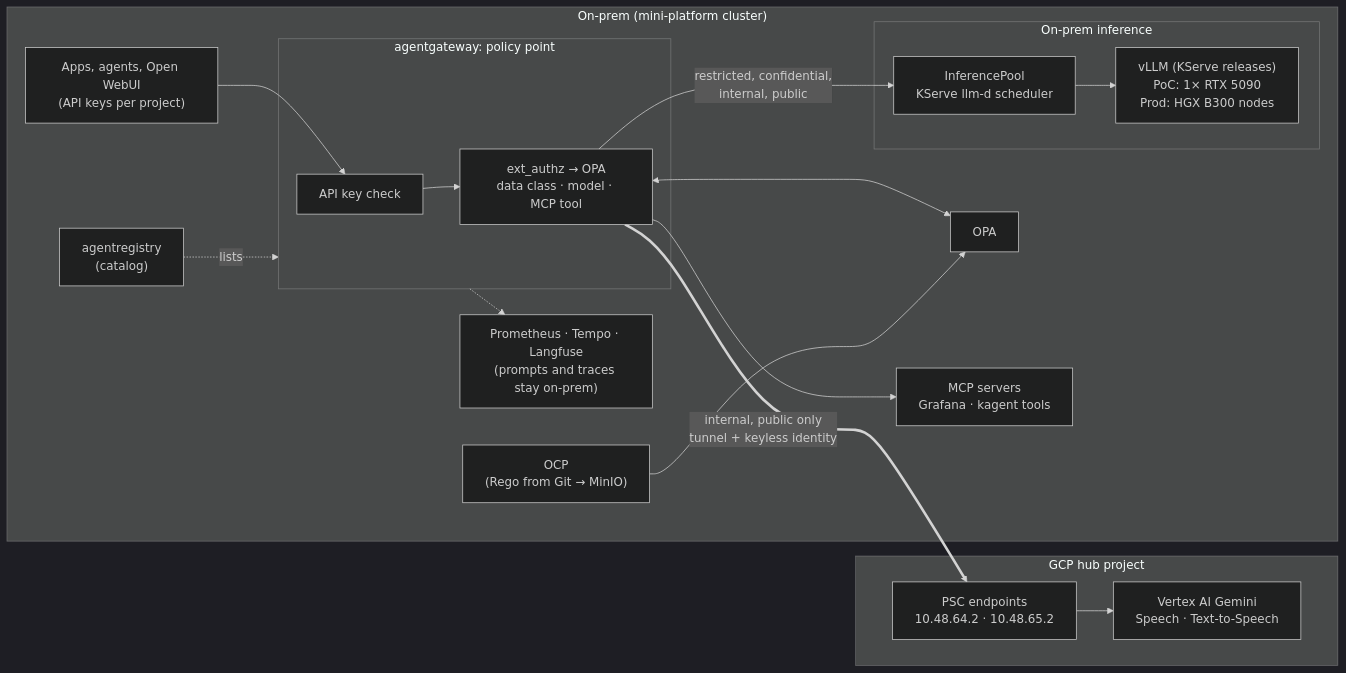
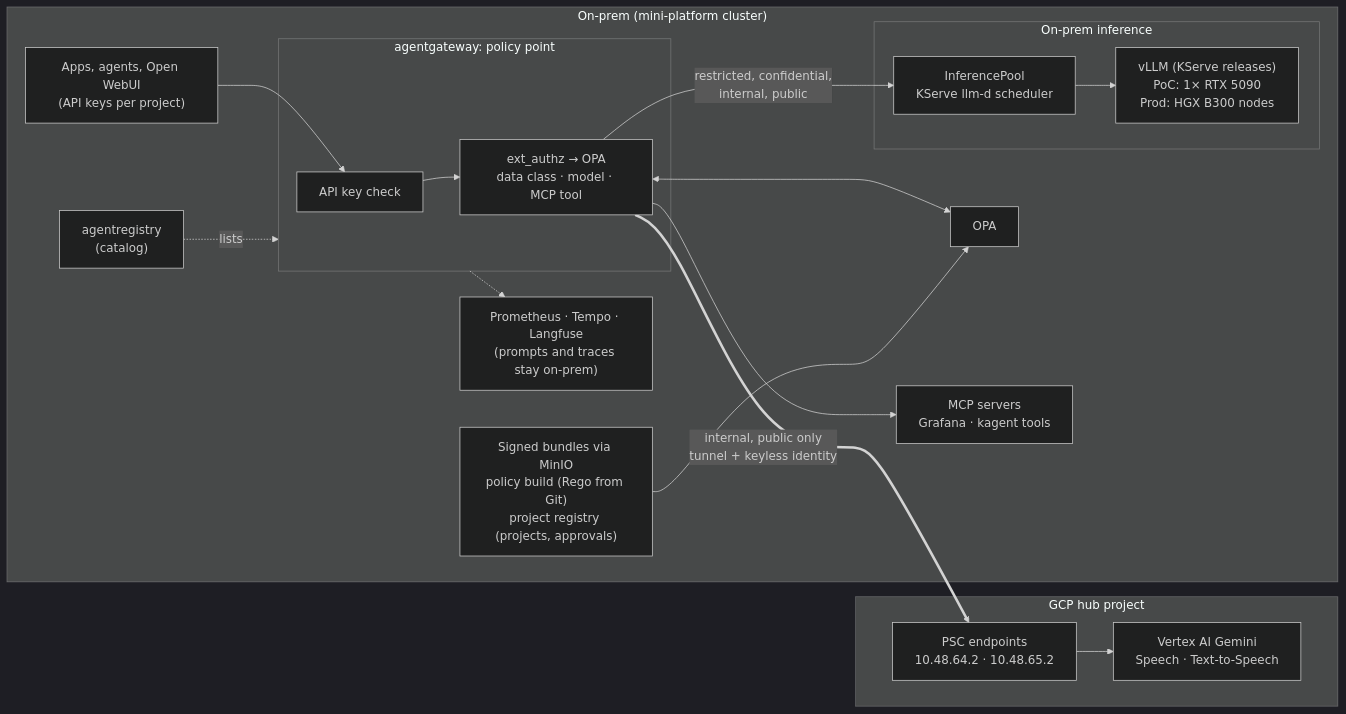
Before and after one commit to nolimitkun/mini-cloud: the diagram in docs/gcp/ai-inference.md, drawn with Mermaid (dark theme). The commit also changed other lines of this file, not shown here.

Commit message:
docs(gcp): ai-inference matches phase 2: registry, signed bundles, limits from OPA; no dead benchmark pod link (#35)

````diff
--- a/docs/gcp/ai-inference.md
+++ b/docs/gcp/ai-inference.md
@@ -47,32 +48,32 @@
 ```mermaid
 flowchart LR
     subgraph onprem["On-prem (mini-platform cluster)"]
         apps["Apps, agents, Open WebUI<br/>(API keys per project)"]
         subgraph gwbox["agentgateway: policy point"]
             keys["API key check"]
             authz["ext_authz → OPA<br/>data class · model · MCP tool"]
         end
         opa["OPA"]
-        ocp["OCP<br/>(Rego from Git → MinIO)"]
+        ocp["Signed bundles via MinIO<br/>policy build (Rego from Git)<br/>project registry (projects, approvals)"]
         reg["agentregistry<br/>(catalog)"]
         mcp["MCP servers<br/>Grafana · kagent tools"]
         subgraph tier1["On-prem inference"]
             sched["InferencePool<br/>KServe llm-d scheduler"]
             vllm["vLLM (KServe releases)<br/>PoC: 1× RTX 5090<br/>Prod: HGX B300 nodes"]
         end
         obs["Prometheus · Tempo · Langfuse<br/>(prompts and traces stay on-prem)"]
     end
     subgraph gcp["GCP hub project"]
         psc["PSC endpoints<br/>10.48.64.2 · 10.48.65.2"]
         vertex["Vertex AI Gemini<br/>Speech · Text-to-Speech"]
     end
 
     apps --> keys --> authz
     authz <--> opa
     ocp --> opa
     reg -.->|"lists"| gwbox
     authz -->|"restricted, confidential,<br/>internal, public"| sched --> vllm
     authz ==>|"internal, public only<br/>tunnel + keyless identity"| psc --> vertex
     authz --> mcp
     gwbox -.-> obs
 ```
````
